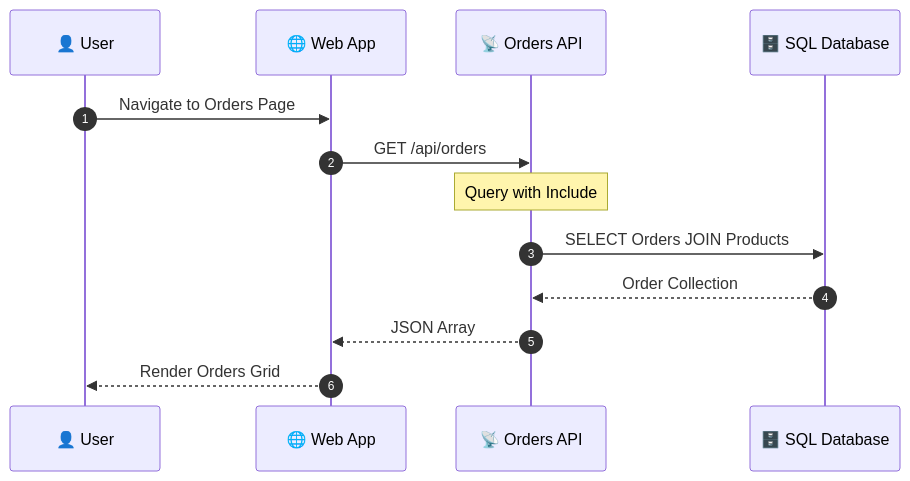
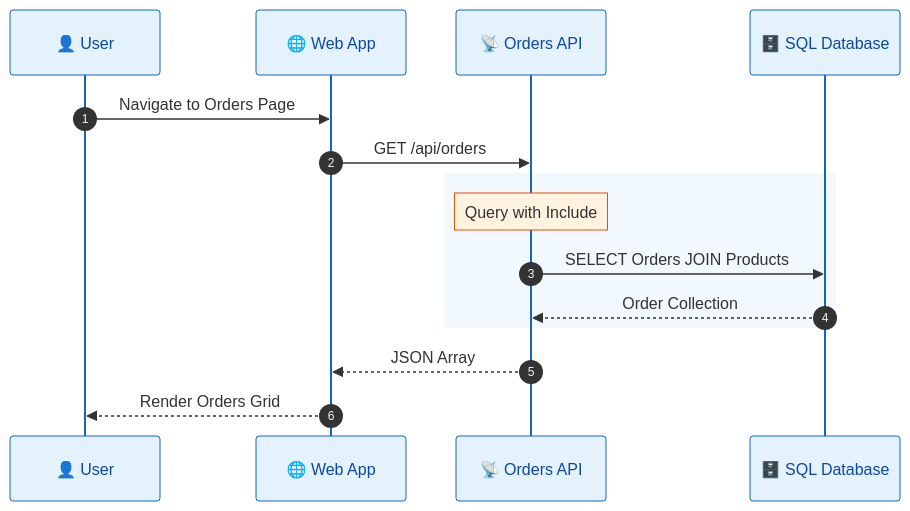
The third of 6 diagrams in docs/architecture/02-data-architecture.md (Evilazaro/Azure-LogicApps-Monitoring), drawn with Mermaid before and after one commit. The commit also changed other lines of this file, not shown here.

Commit message:
Enhance data architecture documentation with improved Mermaid diagram styles and accessibility features

````diff
--- a/docs/architecture/02-data-architecture.md
+++ b/docs/architecture/02-data-architecture.md
@@ -148,18 +153,21 @@
 ```mermaid
+%%{init: {'theme': 'base', 'themeVariables': { 'fontSize': '14px', 'actorBkg': '#e3f2fd', 'actorBorder': '#1565c0', 'actorTextColor': '#0d47a1', 'noteBkgColor': '#fff3e0', 'noteBorderColor': '#e65100'}}}%%
 sequenceDiagram
     autonumber
     participant User as 👤 User
     participant Web as 🌐 Web App
     participant API as 📡 Orders API
     participant DB as 🗄️ SQL Database
 
     User->>Web: Navigate to Orders Page
     Web->>API: GET /api/orders
     
-    Note over API: Query with Include
-    API->>DB: SELECT Orders JOIN Products
-    DB-->>API: Order Collection
+    rect rgba(227, 242, 253, 0.5)
+        Note over API: Query with Include
+        API->>DB: SELECT Orders JOIN Products
+        DB-->>API: Order Collection
+    end
     
     API-->>Web: JSON Array
     Web-->>User: Render Orders Grid
 ```
````
